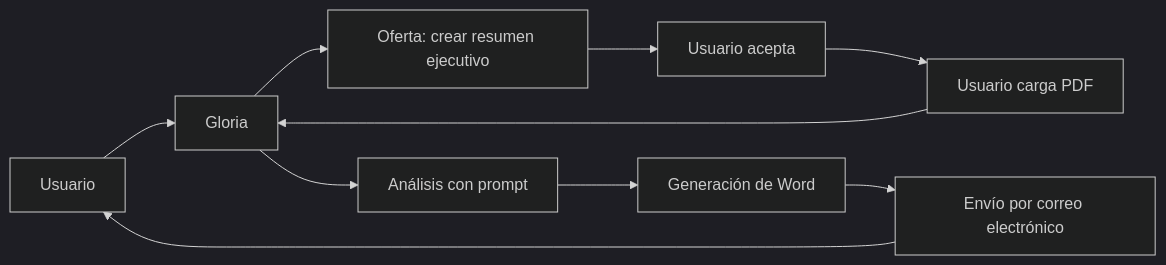
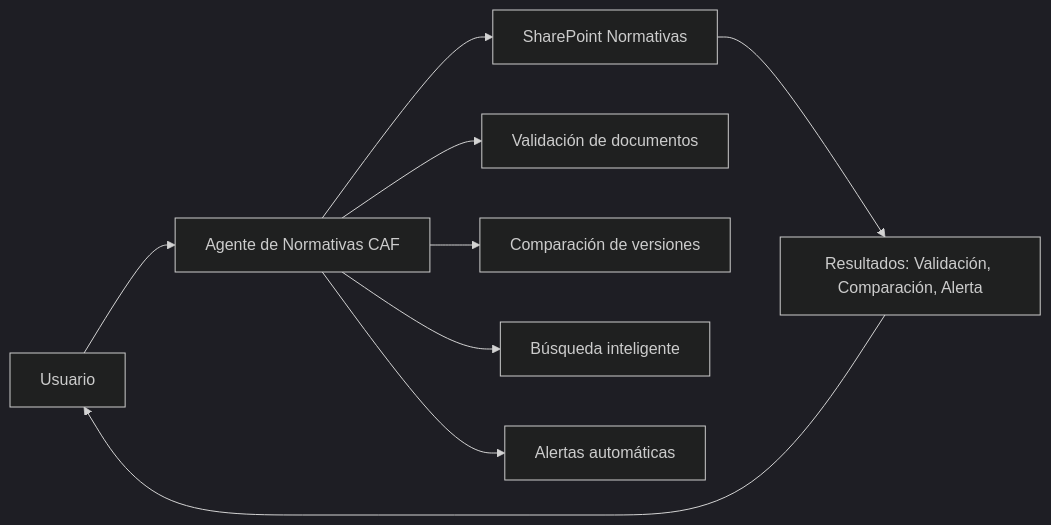
The first of 2 diagrams in README.md (lab-innovacion-caf/Agentes), drawn with Mermaid (dark theme) before and after one commit. The commit also changed other lines of this file, not shown here.

````diff
--- a/README.md
+++ b/README.md
@@ -70,12 +69,11 @@
 ```mermaid
 flowchart LR
-    U[Usuario] --> G[Gloria]
-    G --> O[Oferta: crear resumen ejecutivo]
-    O --> U2[Usuario acepta]
-    U2 --> D[Usuario carga PDF]
-    D --> G
-    G --> A[Análisis con prompt]
-    A --> W[Generación de Word]
-    W --> E[Envío por correo electrónico]
-    E --> U
+    U[Usuario] --> A[Agente de Normativas CAF]
+    A --> S[SharePoint Normativas]
+    A --> V[Validación de documentos]
+    A --> C[Comparación de versiones]
+    A --> B[Búsqueda inteligente]
+    A --> L[Alertas automáticas]
+    S --> R[Resultados: Validación, Comparación, Alerta]
+    R --> U
 ```
````
